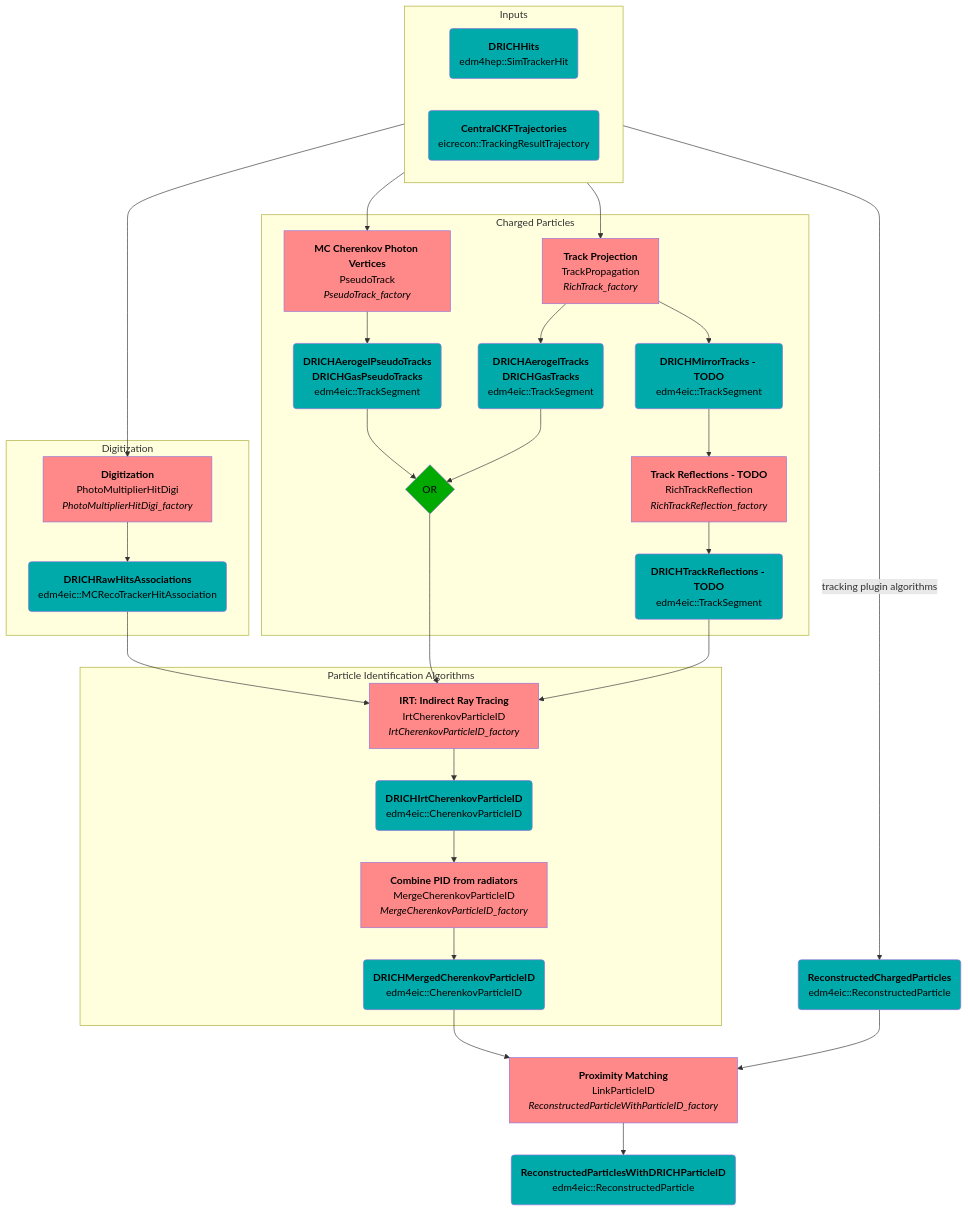
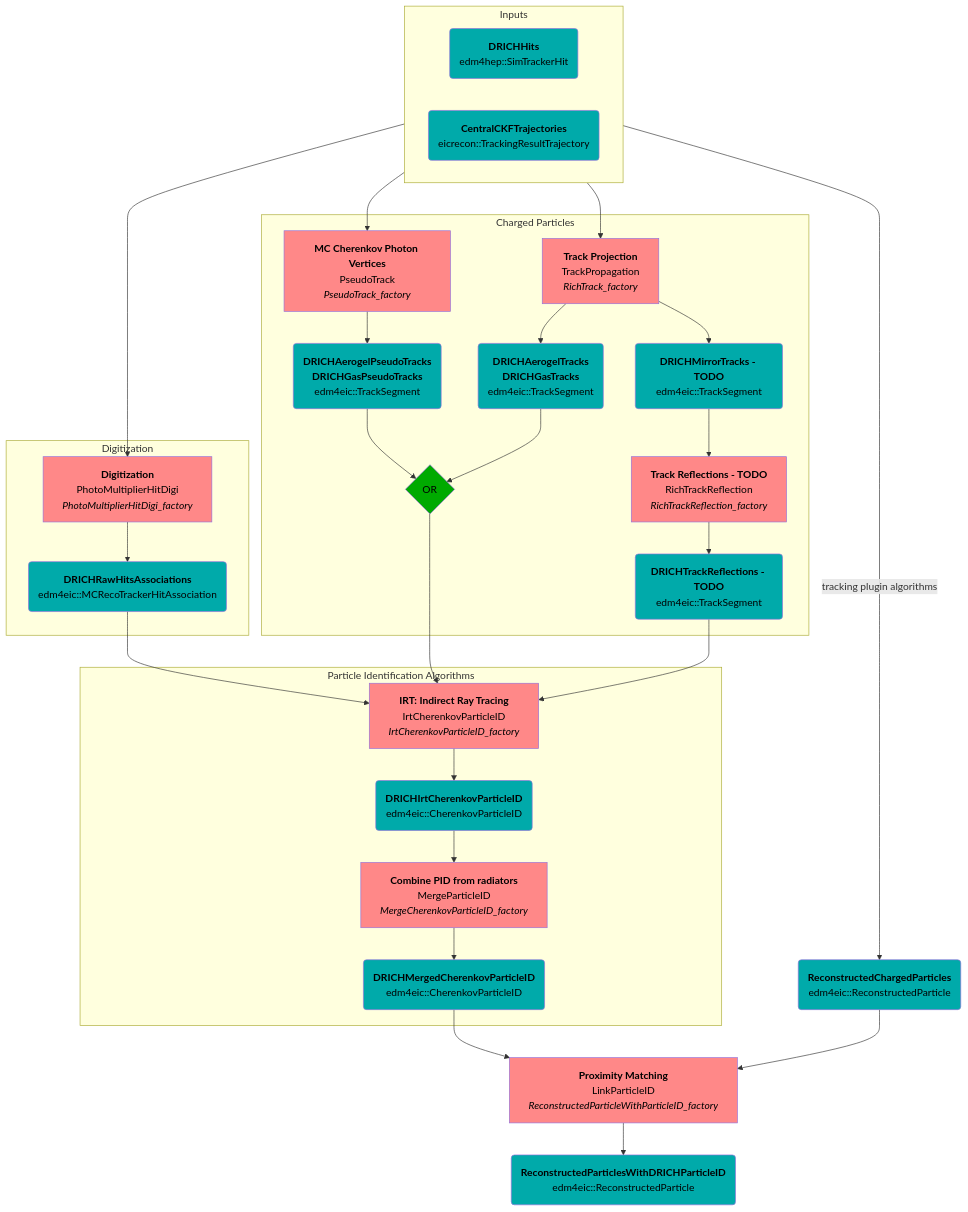
Before and after one commit to eic/EICrecon: the second of 5 diagrams in src/detectors/DRICH/README.md, drawn with Mermaid. The commit also changed 8 other files, not shown here.

Commit message:
refactor: algorithm `ParticleID` -> `MergeParticleID`

````diff
--- a/src/detectors/DRICH/README.md
+++ b/src/detectors/DRICH/README.md
@@ -15,81 +15,81 @@
 ```mermaid
 flowchart TB
   classDef alg fill:#ff8888,color:black
   classDef col fill:#00aaaa,color:black
   classDef op fill:#00aa00,color:black
 
   %%-----------------
   %% Nodes
   %%-----------------
 
   subgraph Inputs
     direction LR
     SimHits(<strong>DRICHHits</strong><br/>edm4hep::SimTrackerHit):::col
     Trajectories(<strong>CentralCKFTrajectories</strong><br/>eicrecon::TrackingResultTrajectory):::col
   end
   ReconstructedChargedParticles(<strong>ReconstructedChargedParticles</strong><br/>edm4eic::ReconstructedParticle):::col
 
 
   subgraph Digitization
     DigiAlg[<strong>Digitization</strong><br/>PhotoMultiplierHitDigi<br><i>PhotoMultiplierHitDigi_factory</i>]:::alg
     RawHits(<strong>DRICHRawHitsAssociations</strong><br/>edm4eic::MCRecoTrackerHitAssociation):::col
   end
 
   subgraph Charged Particles
     PseudoTracksAlg[<strong>MC Cherenkov Photon Vertices</strong><br/>PseudoTrack<br><i>PseudoTrack_factory</i>]:::alg
     PseudoTracks(<strong>DRICHAerogelPseudoTracks</strong><br/><strong>DRICHGasPseudoTracks</strong><br/>edm4eic::TrackSegment):::col
 
     PropagatorAlg[<strong>Track Projection</strong><br/>TrackPropagation<br><i>RichTrack_factory</i>]:::alg
     Tracks(<strong>DRICHAerogelTracks</strong><br/><strong>DRICHGasTracks</strong><br/>edm4eic::TrackSegment):::col
     MirrorTracks(<strong>DRICHMirrorTracks - TODO</strong><br/>edm4eic::TrackSegment):::col
 
     TrackOR{OR}:::op
 
     ReflectionsAlg[<strong>Track Reflections - TODO</strong><br/>RichTrackReflection<br><i>RichTrackReflection_factory</i>]:::alg
     Reflections(<strong>DRICHTrackReflections - TODO</strong><br/>edm4eic::TrackSegment):::col
   end
 
   subgraph Particle Identification Algorithms
     IRT[<strong>IRT: Indirect Ray Tracing</strong><br/>IrtCherenkovParticleID<br><i>IrtCherenkovParticleID_factory</i>]:::alg
     IRTPID(<strong>DRICHIrtCherenkovParticleID</strong><br/>edm4eic::CherenkovParticleID):::col
 
-    Merge[<strong>Combine PID from radiators</strong><br/>MergeCherenkovParticleID<br><i>MergeCherenkovParticleID_factory</i>]:::alg
+    Merge[<strong>Combine PID from radiators</strong><br/>MergeParticleID<br><i>MergeCherenkovParticleID_factory</i>]:::alg
     MergePID(<strong>DRICHMergedCherenkovParticleID</strong><br/>edm4eic::CherenkovParticleID):::col
   end
 
   ProxMatch[<strong>Proximity Matching</strong><br/>LinkParticleID<br><i>ReconstructedParticleWithParticleID_factory</i>]:::alg
   ReconstructedParticles(<strong>ReconstructedParticlesWithDRICHParticleID</strong><br/>edm4eic::ReconstructedParticle):::col
 
   %%-----------------
   %% Edges
   %%-----------------
 
   %% digitization
   SimHits --> DigiAlg
   DigiAlg --> RawHits
 
   %% tracking
   SimHits --> PseudoTracksAlg
   PseudoTracksAlg --> PseudoTracks
   Trajectories --> PropagatorAlg
   PropagatorAlg --> Tracks
   PropagatorAlg --> MirrorTracks
   PseudoTracks --> TrackOR
   Tracks --> TrackOR
   MirrorTracks --> ReflectionsAlg
   ReflectionsAlg --> Reflections
 
   %% PID
   RawHits --> IRT
   TrackOR --> IRT
   Reflections --> IRT
   IRT --> IRTPID
   IRTPID --> Merge
   Merge --> MergePID
 
   %% linking
   Trajectories -- tracking plugin algorithms --> ReconstructedChargedParticles
   MergePID --> ProxMatch
   ReconstructedChargedParticles --> ProxMatch
   ProxMatch --> ReconstructedParticles
 ```
````
